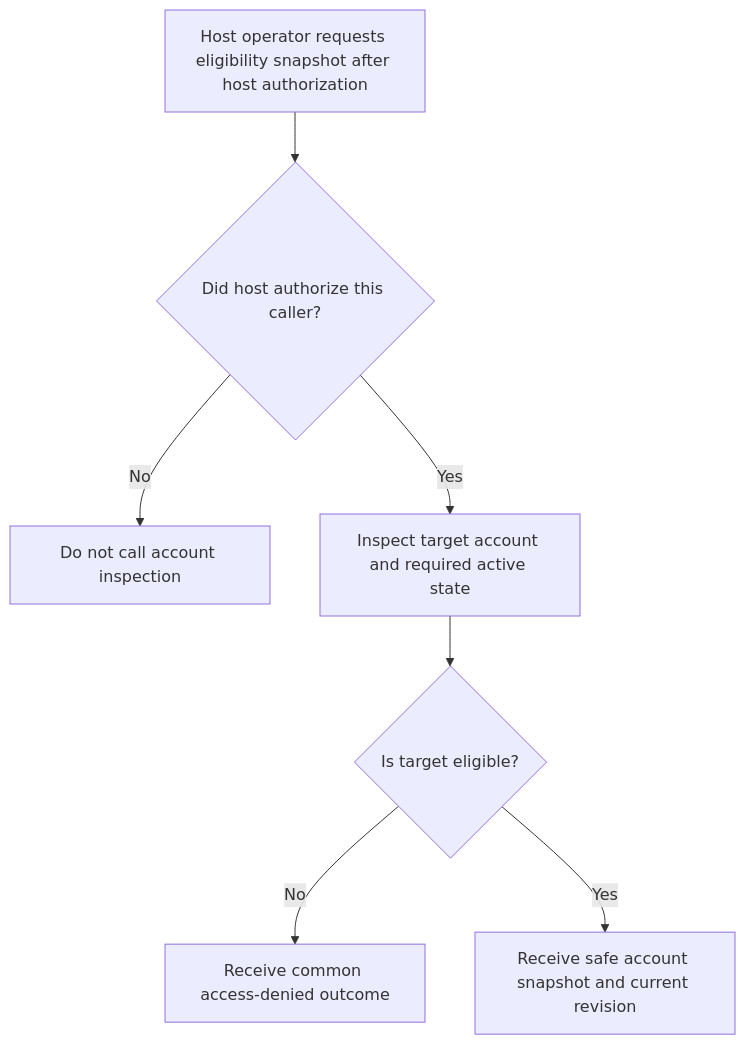
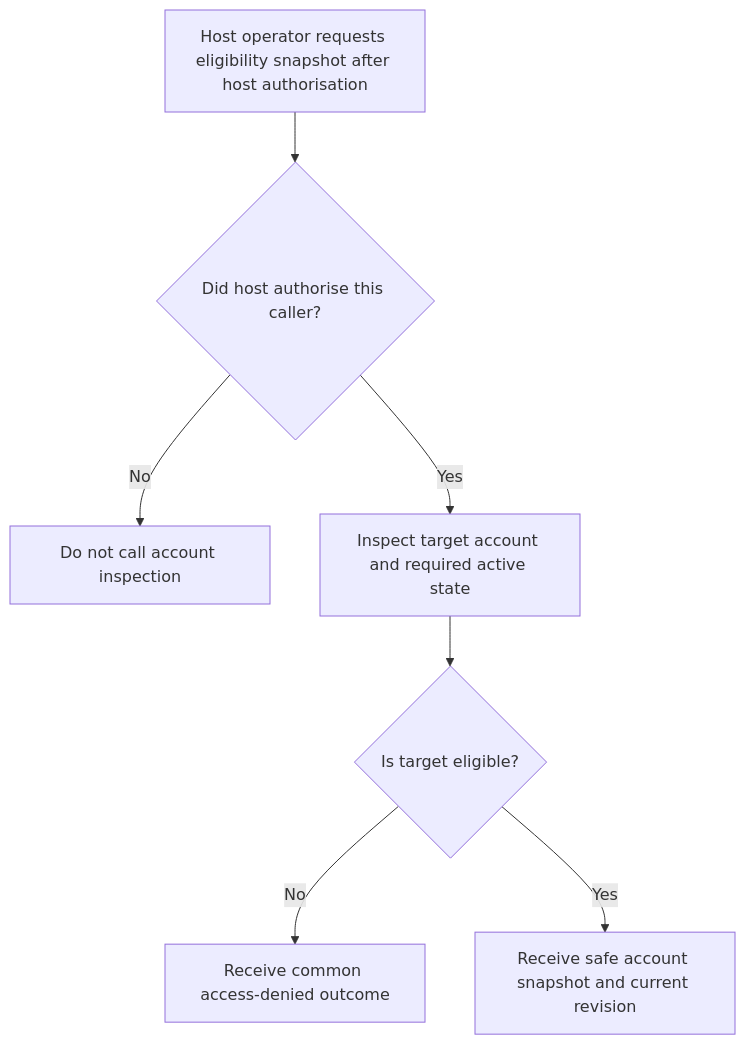
One commit to Kevinjohn/oss-adonisjs-account-kit changed the first of 2 diagrams in user-stories/US-ACCOUNT-42-inspect-account-access.md. Above: the diagram before and after it, drawn with Mermaid. The commit also changed other lines of this file and 93 other files, not shown here.

````diff
--- a/user-stories/US-ACCOUNT-42-inspect-account-access.md
+++ b/user-stories/US-ACCOUNT-42-inspect-account-access.md
@@ -19,9 +19,9 @@
 ```mermaid
 flowchart TD
- A["Host operator requests eligibility snapshot after host authorization"] --> B{"Did host authorize this caller?"}
+ A["Host operator requests eligibility snapshot after host authorisation"] --> B{"Did host authorise this caller?"}
  B -->|No| C["Do not call account inspection"]
  B -->|Yes| D["Inspect target account and required active state"]
  D --> E{"Is target eligible?"}
  E -->|No| F["Receive common access-denied outcome"]
  E -->|Yes| G["Receive safe account snapshot and current revision"]
 ```
````
